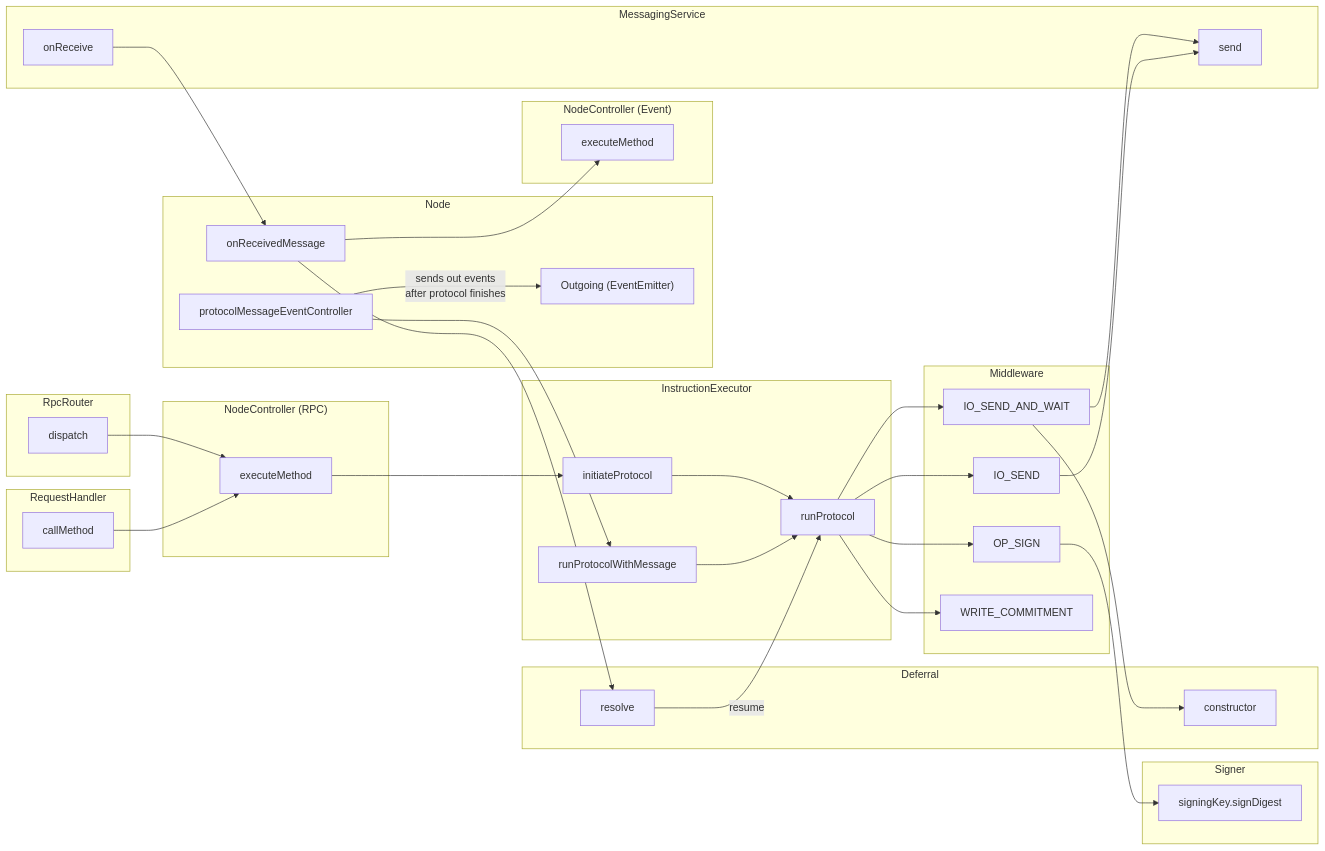
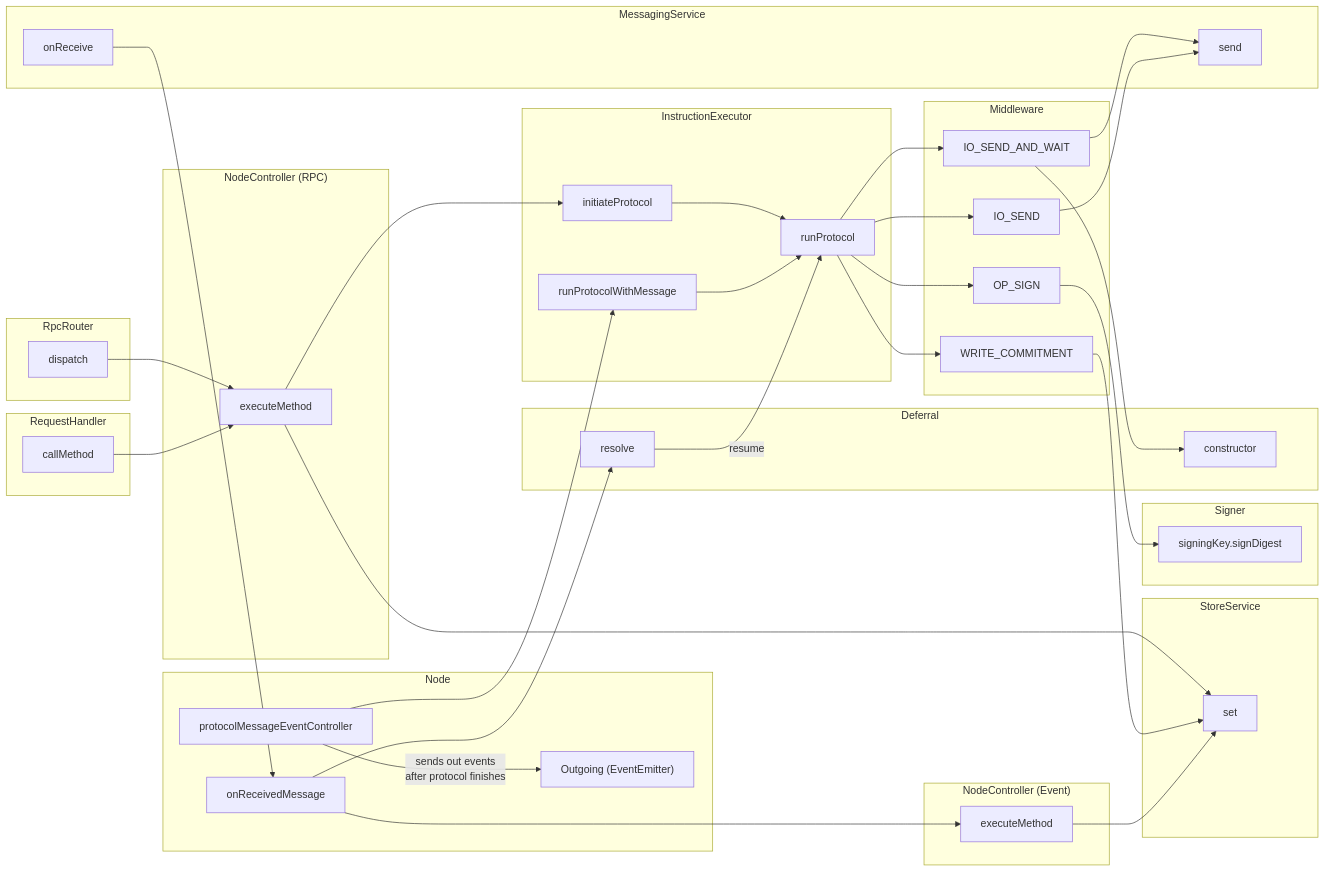
One commit to counterfactual/monorepo changed the diagram in packages/node/docs/cfg.mmd. Above: the diagram before and after it, drawn with Mermaid.

Commit message:
add storeService

```diff
--- a/packages/node/docs/cfg.mmd
+++ b/packages/node/docs/cfg.mmd
@@ -1,86 +1,88 @@
 graph LR
 
   subgraph MessagingService
     onReceive
     send
   end
 
   subgraph RequestHandler
     callMethod
   end
 
   subgraph RpcRouter
     dispatch
+  end
 
+  subgraph StoreService
+    storeServiceSet["set"]
   end
 
   subgraph NodeController["NodeController (RPC)"]
-    rpcExecute["executeMethod"]
+    rpcExecute["executeMethod"]-->storeServiceSet
 
     dispatch-->rpcExecute
     callMethod-->rpcExecute
-
   end
 
   subgraph Middleware
     IO_SEND_AND_WAIT
     IO_SEND
     OP_SIGN
-    WRITE_COMMITMENT
+    WRITE_COMMITMENT-->storeServiceSet
     IO_SEND_AND_WAIT-->send
     IO_SEND-->send
   end
 
   subgraph Deferral
     ioSendDeferrals["resolve"]
     deferralCtor["constructor"]
   end
 
   subgraph Signer
     signDigest["signingKey.signDigest"]
   end
 
   subgraph Node
 
     onReceivedMessage
     onReceive-->onReceivedMessage
 
     onReceivedMessage-->ioSendDeferrals
 
     outgoing["Outgoing (EventEmitter)"]
     protocolMessageEventController-->|sends out events <br>after protocol finishes|outgoing
 
     OP_SIGN-->signDigest
 
   end
 
   subgraph EventController["NodeController (Event)"]
 
-    eventExecute["executeMethod"]
+    eventExecute["executeMethod"]-->storeServiceSet
     onReceivedMessage-->eventExecute
 
   end
 
   subgraph InstructionExecutor
 
     initiateProtocol
 
     runProtocolWithMessage
     protocolMessageEventController-->runProtocolWithMessage
     rpcExecute-->initiateProtocol
 
     runProtocol
 
     initiateProtocol-->runProtocol
     runProtocolWithMessage-->runProtocol
 
     ioSendDeferrals-->|resume|runProtocol
 
     IO_SEND_AND_WAIT-->deferralCtor
 
     runProtocol-->IO_SEND_AND_WAIT
     runProtocol-->IO_SEND
     runProtocol-->OP_SIGN
     runProtocol-->WRITE_COMMITMENT
 
   end
```
